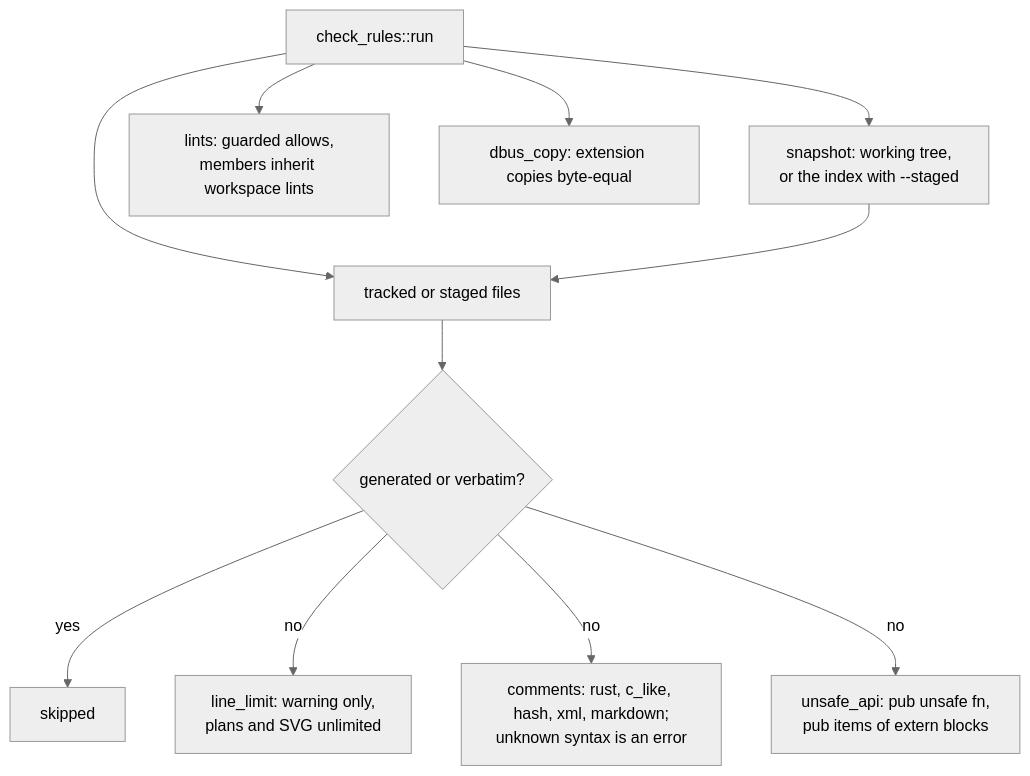
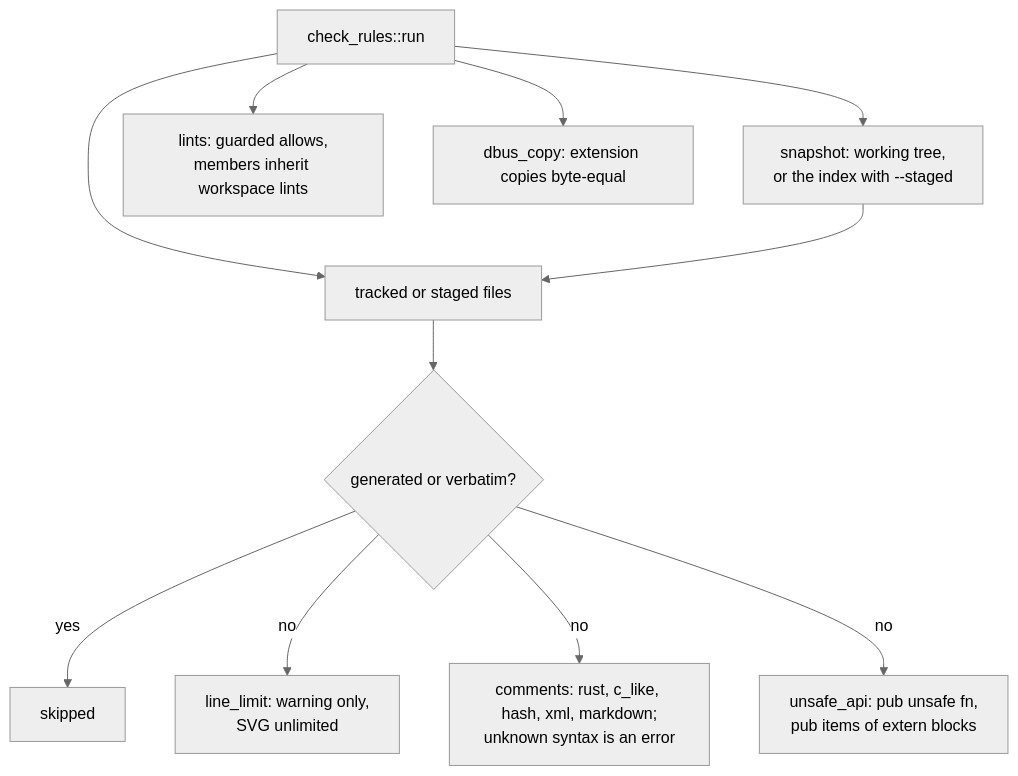
The second of 2 diagrams in docs/architecture/rules.md (marcelogm/arctis-companion), drawn with Mermaid (neutral theme) before and after one commit. The commit also changed 48 other files, not shown here.

````diff
--- a/docs/architecture/rules.md
+++ b/docs/architecture/rules.md
@@ -16,13 +16,13 @@
 ```mermaid
 flowchart TD
     R["check_rules::run"] --> F["tracked or staged files"]
     R --> SN["snapshot: working tree,<br/>or the index with --staged"]
     SN --> F
     F --> G{"generated or verbatim?"}
     G -- yes --> S["skipped"]
-    G -- no --> L["line_limit: warning only,<br/>plans and SVG unlimited"]
+    G -- no --> L["line_limit: warning only,<br/>SVG unlimited"]
     G -- no --> CO["comments: rust, c_like, hash, xml, markdown;<br/>unknown syntax is an error"]
     G -- no --> U["unsafe_api: pub unsafe fn,<br/>pub items of extern blocks"]
     R --> LI["lints: guarded allows,<br/>members inherit workspace lints"]
     R --> D["dbus_copy: extension copies byte-equal"]
 ```
````
